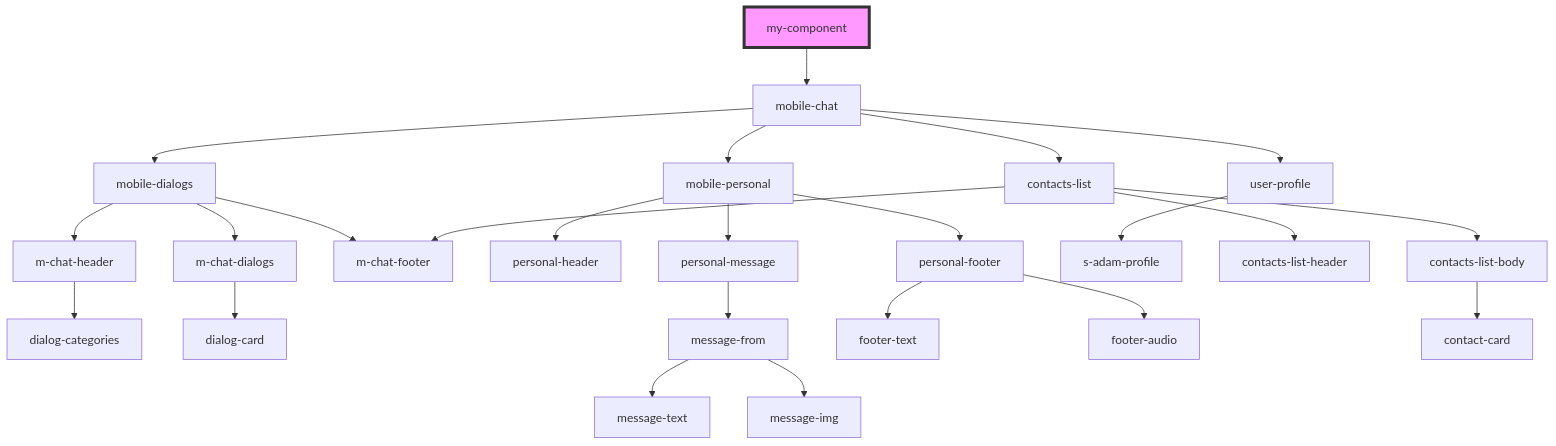
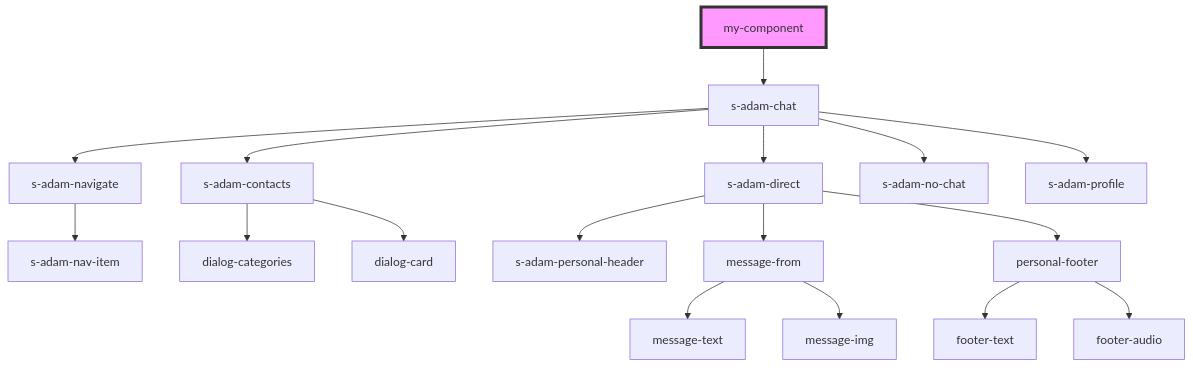
Before and after one commit to saqhan/stencil-chat: the diagram in src/components/my-component/readme.md, drawn with Mermaid. The commit also changed other lines of this file and 5 other files, not shown here.

````diff
--- a/src/components/my-component/readme.md
+++ b/src/components/my-component/readme.md
@@ -13,27 +13,20 @@
 ```mermaid
 graph TD;
-  my-component --> mobile-chat
-  mobile-chat --> mobile-dialogs
-  mobile-chat --> mobile-personal
-  mobile-chat --> user-profile
-  mobile-chat --> contacts-list
-  mobile-dialogs --> m-chat-header
-  mobile-dialogs --> m-chat-dialogs
-  mobile-dialogs --> m-chat-footer
-  m-chat-header --> dialog-categories
-  m-chat-dialogs --> dialog-card
-  mobile-personal --> personal-header
-  mobile-personal --> personal-message
-  mobile-personal --> personal-footer
-  personal-message --> message-from
+  my-component --> s-adam-chat
+  s-adam-chat --> s-adam-navigate
+  s-adam-chat --> s-adam-contacts
+  s-adam-chat --> s-adam-direct
+  s-adam-chat --> s-adam-no-chat
+  s-adam-chat --> s-adam-profile
+  s-adam-navigate --> s-adam-nav-item
+  s-adam-contacts --> dialog-categories
+  s-adam-contacts --> dialog-card
+  s-adam-direct --> s-adam-personal-header
+  s-adam-direct --> message-from
+  s-adam-direct --> personal-footer
   message-from --> message-text
   message-from --> message-img
   personal-footer --> footer-text
   personal-footer --> footer-audio
-  user-profile --> s-adam-profile
-  contacts-list --> contacts-list-header
-  contacts-list --> contacts-list-body
-  contacts-list --> m-chat-footer
-  contacts-list-body --> contact-card
   style my-component fill:#f9f,stroke:#333,stroke-width:4px
 ```
````
